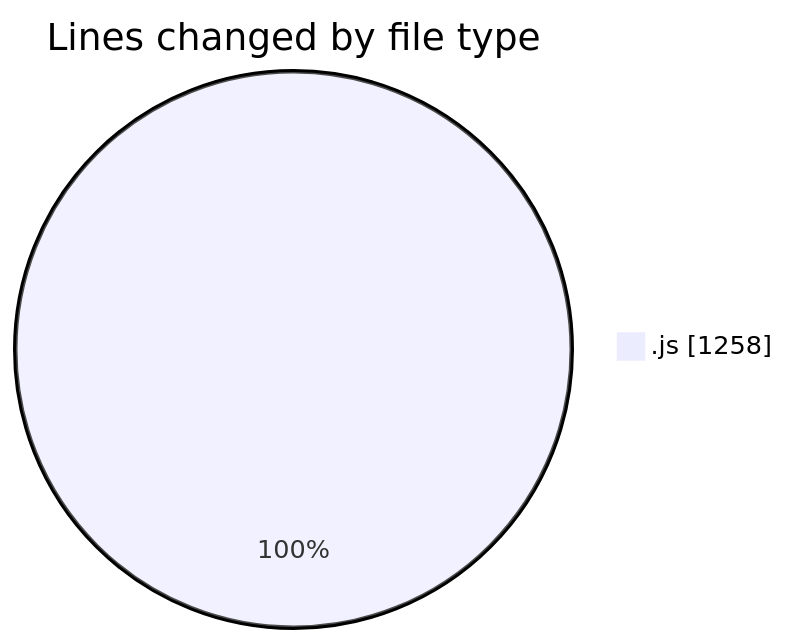
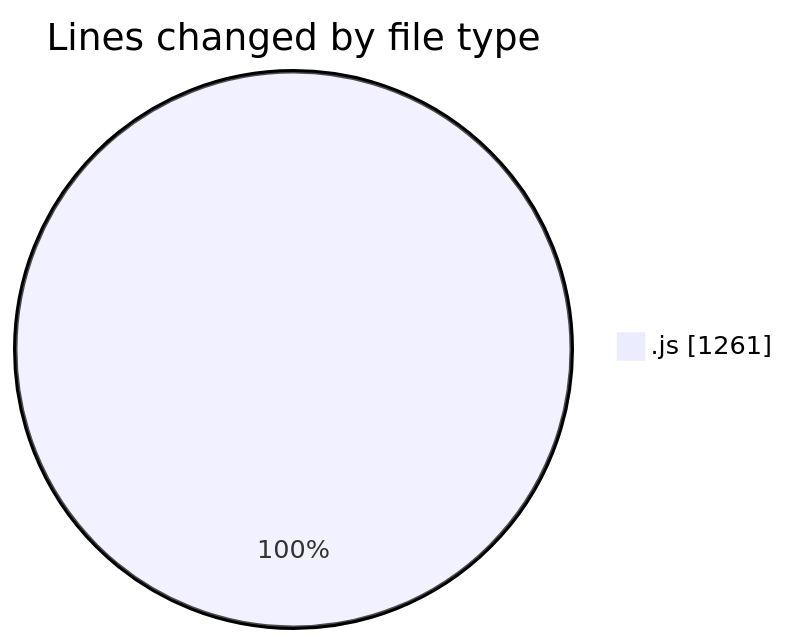
Before and after one commit to nxtqubesakshisongat/code-tracking: the first of 2 diagrams in 2025-09-08/cashcalculator/README.md, drawn with Mermaid. The commit also changed other lines of this file and 1 other file, not shown here.

````diff
--- a/2025-09-08/cashcalculator/README.md
+++ b/2025-09-08/cashcalculator/README.md
@@ -20,5 +20,5 @@
 ```mermaid
 pie showData
 title Lines changed by file type
-".js" : 1258
+".js" : 1261
 ```
````
